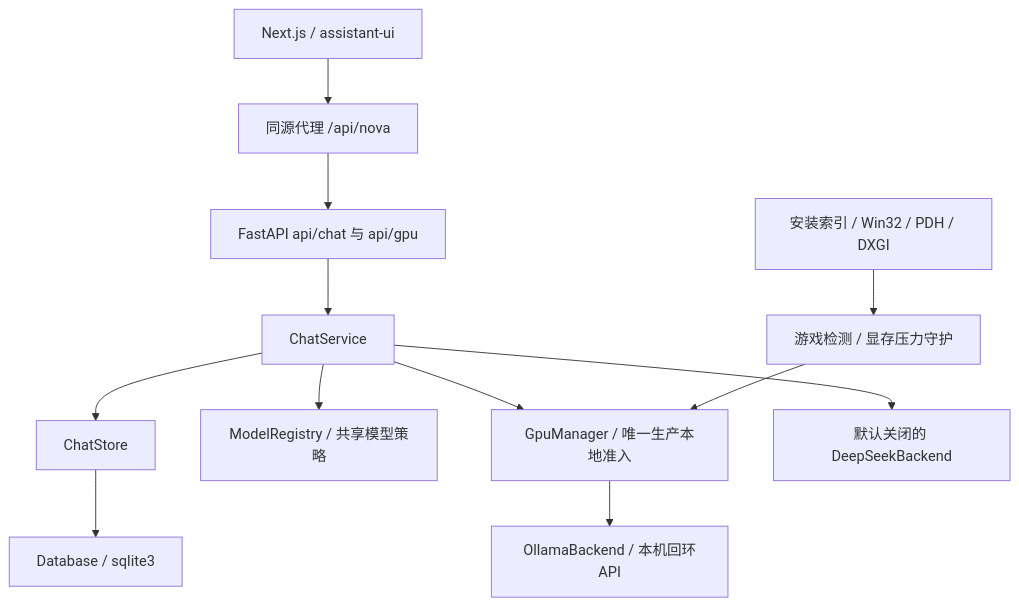
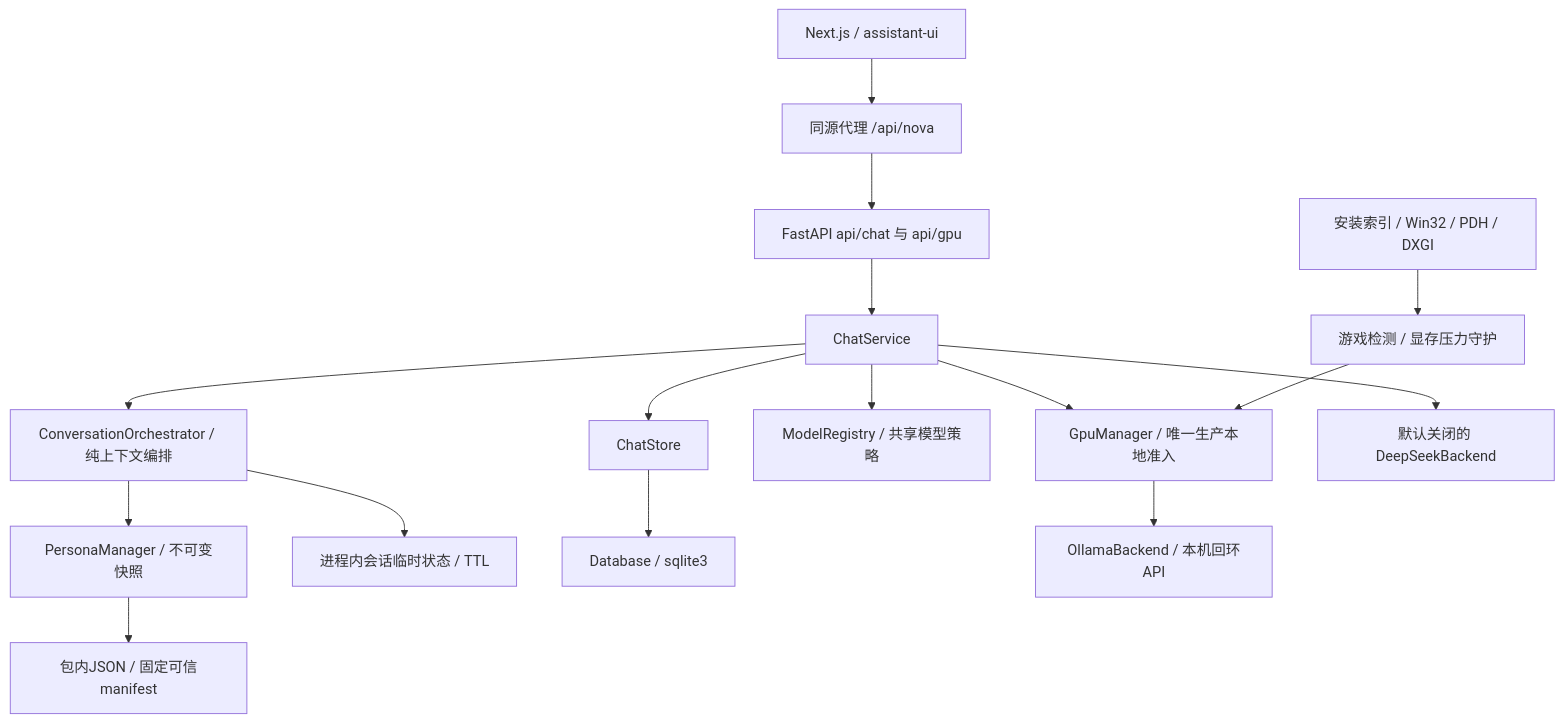
Before and after one commit to Serens233/NovaAILab: the diagram in docs/architecture.md, drawn with Mermaid. The commit also changed other lines of this file and 9 other files, not shown here.

````diff
--- a/docs/architecture.md
+++ b/docs/architecture.md
@@ -11,14 +11,18 @@
 ```mermaid
 flowchart TD
     Web[Next.js / assistant-ui] --> Proxy[同源代理 /api/nova]
     Proxy --> API[FastAPI api/chat 与 api/gpu]
     API --> Chat[ChatService]
+    Chat --> Context[ConversationOrchestrator / 纯上下文编排]
+    Context --> Persona[PersonaManager / 不可变快照]
+    Persona --> Bundle[包内JSON / 固定可信manifest]
+    Context --> Dynamic[进程内会话临时状态 / TTL]
     Chat --> Store[ChatStore]
     Store --> DB[Database / sqlite3]
     Chat --> Registry[ModelRegistry / 共享模型策略]
     Chat --> GPU[GpuManager / 唯一生产本地准入]
     GPU --> Ollama[OllamaBackend / 本机回环API]
     Chat --> Cloud[默认关闭的 DeepSeekBackend]
     Signals[安装索引 / Win32 / PDH / DXGI] --> Detector[游戏检测 / 显存压力守护]
     Detector --> GPU
 ```
````
